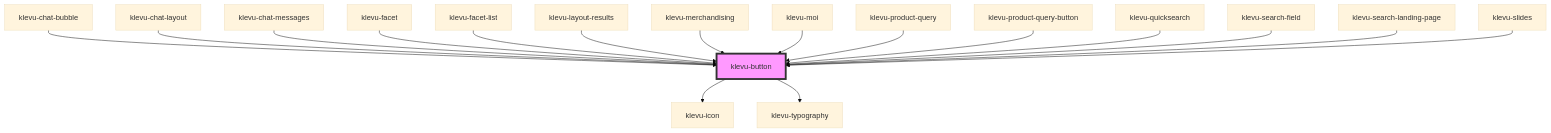
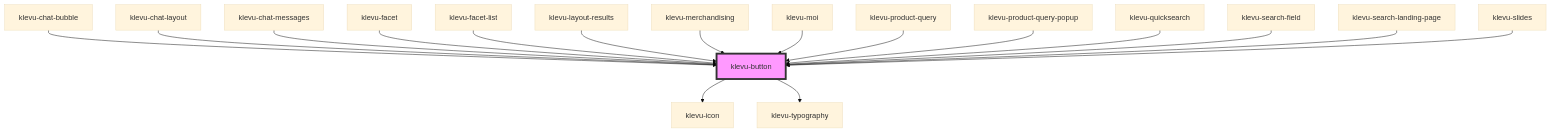
The diagram in packages/klevu-ui/src/components/klevu-button/readme.md (klevultd/frontend-sdk), drawn with Mermaid (base theme) before and after one commit. The commit also changed other lines of this file and 22 other files, not shown here.

````diff
--- a/packages/klevu-ui/src/components/klevu-button/readme.md
+++ b/packages/klevu-ui/src/components/klevu-button/readme.md
@@ -61,20 +61,20 @@
 ```mermaid
 graph TD;
   klevu-button --> klevu-icon
   klevu-button --> klevu-typography
   klevu-chat-bubble --> klevu-button
   klevu-chat-layout --> klevu-button
   klevu-chat-messages --> klevu-button
   klevu-facet --> klevu-button
   klevu-facet-list --> klevu-button
   klevu-layout-results --> klevu-button
   klevu-merchandising --> klevu-button
   klevu-moi --> klevu-button
   klevu-product-query --> klevu-button
-  klevu-product-query-button --> klevu-button
+  klevu-product-query-popup --> klevu-button
   klevu-quicksearch --> klevu-button
   klevu-search-field --> klevu-button
   klevu-search-landing-page --> klevu-button
   klevu-slides --> klevu-button
   style klevu-button fill:#f9f,stroke:#333,stroke-width:4px
 ```
````
